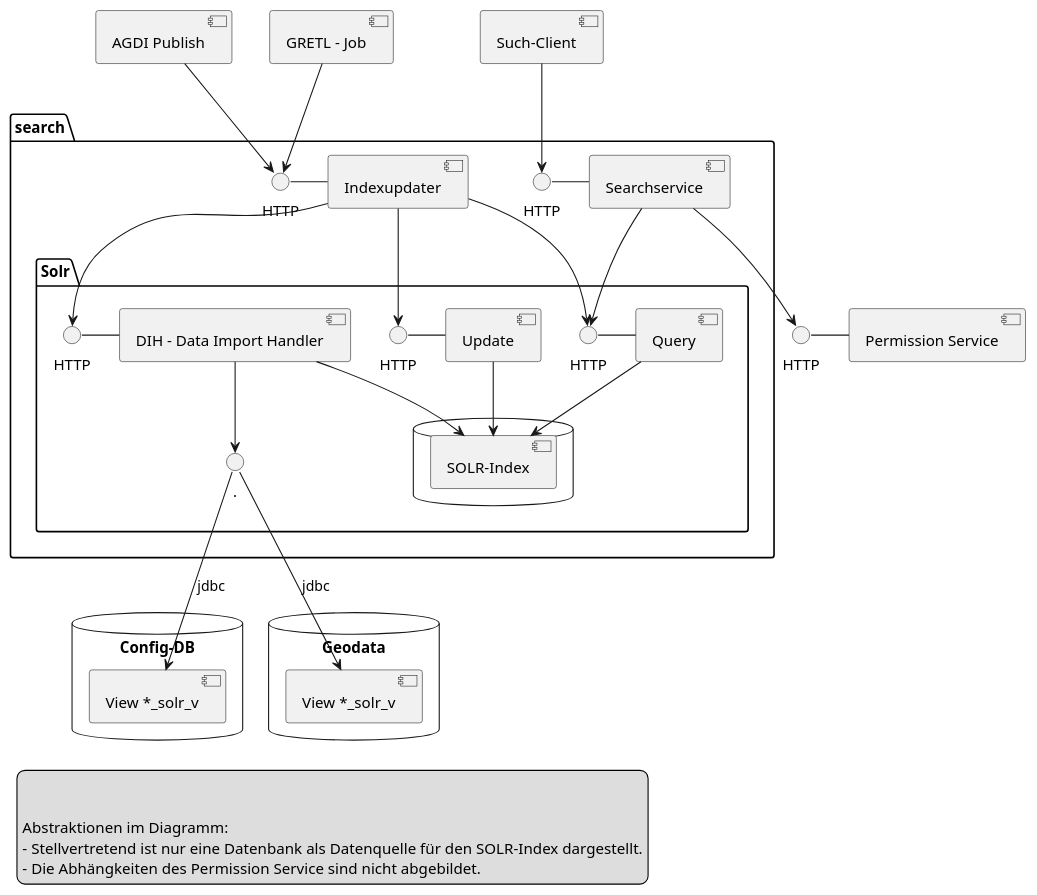
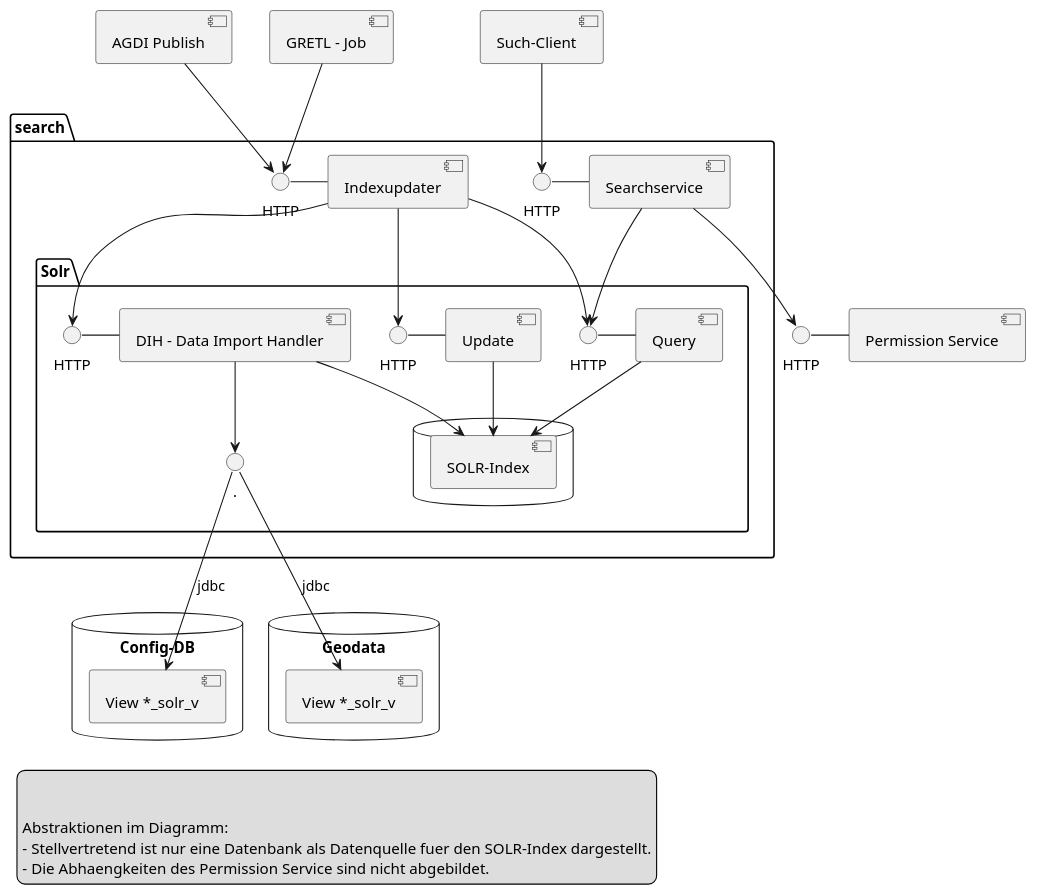
Before and after one commit to bjsvwcur/components: the diagram in diagrams/api_search.puml, drawn with PlantUML. The commit also changed 28 other files, not shown here.

```diff
--- a/diagrams/api_search.puml
+++ b/diagrams/api_search.puml
@@ -1,74 +1,74 @@
 @startuml
 [Permission Service] as ps
 () HTTP as psi
 psi - ps
  
 database "Config-DB" {
   [View *_solr_v] as config_v
 }
 
 database "Geodata" {
   [View *_solr_v] as data_v
 }
 
 package "search" {
 
   package "Solr" {
     together {
       [DIH - Data Import Handler] as dih
       () HTTP as dihi   
       dihi - dih 
     }
     
     () . as h1
     
     dih --> h1
     h1 --> config_v : jdbc
     h1 --> data_v : jdbc
 
     together {
       [Update] as uh
       () HTTP as uhi
       uhi - uh
     }
     
     together {
       () HTTP as qi    
       [Query] as q
       qi - q
     }
     
     database {
       [SOLR-Index] as si
     }
     dih --> si
     uh --> si
     q --> si
   }
 
   [Searchservice] as ss
   () HTTP as ssi
   ssi - ss
   ss --> qi
   ss --> psi
 
   [Indexupdater] as iu
   () HTTP as iui
   iui - iu
   iu --> uhi
   iu --> dihi
   iu --> qi
 }
 
 [AGDI Publish] --> iui
 [GRETL - Job] --> iui
 [Such-Client] --> ssi
 
 legend bottom left
 
   
   Abstraktionen im Diagramm:
-  - Stellvertretend ist nur eine Datenbank als Datenquelle für den SOLR-Index dargestellt.
-  - Die Abhängkeiten des Permission Service sind nicht abgebildet.
+  - Stellvertretend ist nur eine Datenbank als Datenquelle fuer den SOLR-Index dargestellt.
+  - Die Abhaengkeiten des Permission Service sind nicht abgebildet.
 endlegend
 @enduml
```
